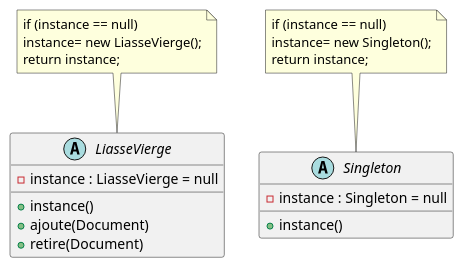
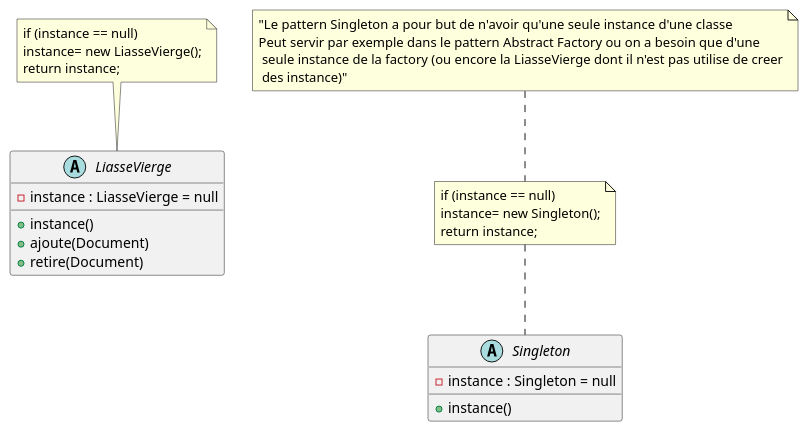
Before and after one commit to soffiane/java-design-patterns: the diagram in src/main/java/construction/Singleton/eni/singleton.puml, drawn with PlantUML. The commit also changed 11 other files, not shown here.

Commit message:
pattern singleton

```diff
--- a/src/main/java/construction/Singleton/eni/singleton.puml
+++ b/src/main/java/construction/Singleton/eni/singleton.puml
@@ -1,23 +1,23 @@
 @startuml
 
 abstract class LiasseVierge{
 -instance : LiasseVierge = null
 +instance()
 +ajoute(Document)
 +retire(Document)
 }
 abstract Singleton{
 -instance : Singleton = null
 +instance()
 }
 
 
 note "if (instance == null)\ninstance= new LiasseVierge();\nreturn instance;" as N0
 N0 .. LiasseVierge
 
 note "if (instance == null)\ninstance= new Singleton();\nreturn instance;" as N1
 N1 .. Singleton
 
-
+note top of N1 : "Le pattern Singleton a pour but de n'avoir qu'une seule instance d'une classe\nPeut servir par exemple dans le pattern Abstract Factory ou on a besoin que d'une\n seule instance de la factory (ou encore la LiasseVierge dont il n'est pas utilise de creer\n des instance)"
 
 @enduml
```
